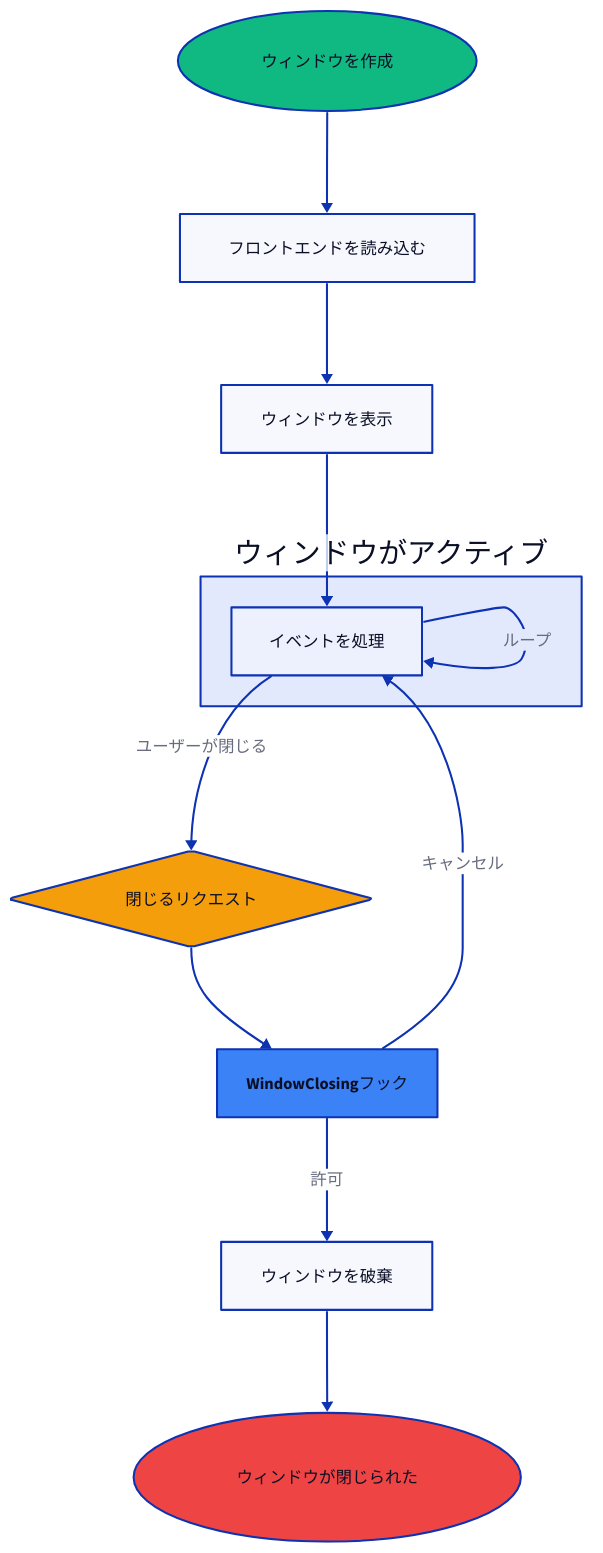
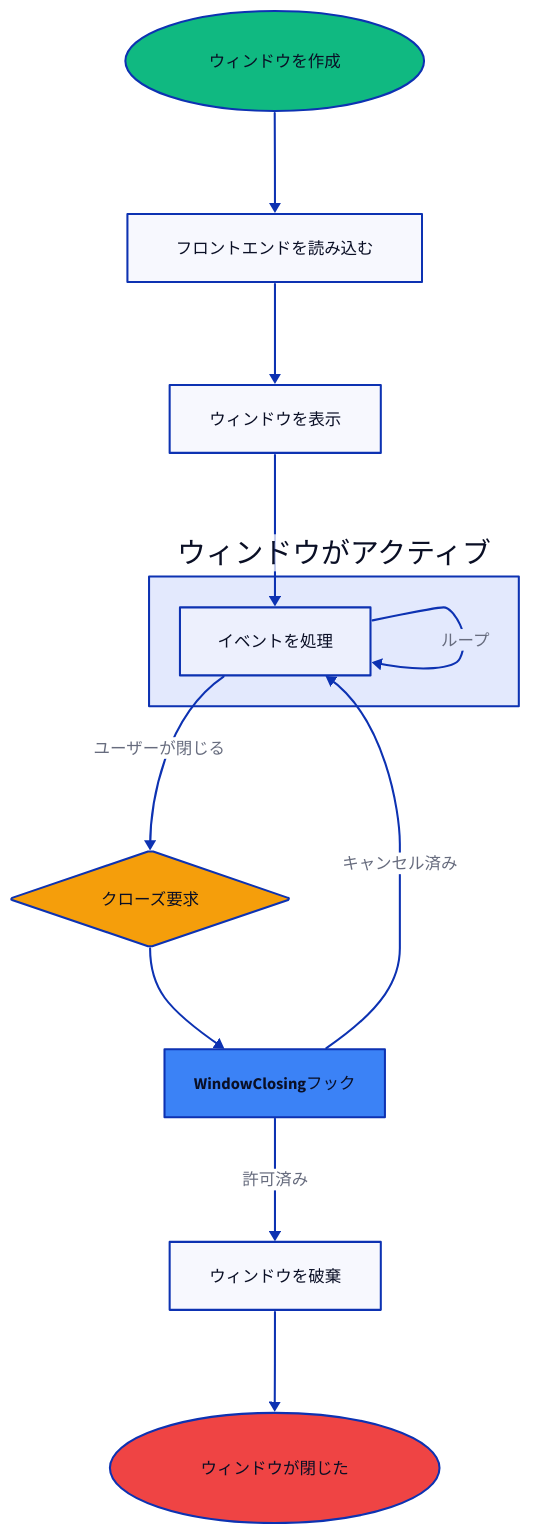
One commit to wailsapp/wails changed the second of 2 diagrams in docs/mpress/content/ja/concepts/lifecycle.md. Above: the diagram before and after it, drawn with D2. The commit also changed other lines of this file and 1096 other files, not shown here.

````diff
--- a/docs/mpress/content/ja/concepts/lifecycle.md
+++ b/docs/mpress/content/ja/concepts/lifecycle.md
@@ -451,51 +451,51 @@
 ```d2
 direction: down
 
 Create: ウィンドウを作成 {
   shape: oval
   style.fill: "#10B981"
 }
 
 Load: フロントエンドを読み込む {
   shape: rectangle
 }
 
 Show: ウィンドウを表示 {
   shape: rectangle
 }
 
 Active: ウィンドウがアクティブ {
   Events: イベントを処理 {
     shape: rectangle
   }
 }
 
-CloseRequest: 閉じるリクエスト {
+CloseRequest: クローズ要求 {
   shape: diamond
   style.fill: "#F59E0B"
 }
 
 Hook: WindowClosingフック {
   shape: rectangle
   style.fill: "#3B82F6"
 }
 
 Destroy: ウィンドウを破棄 {
   shape: rectangle
 }
 
-End: ウィンドウが閉じられた {
+End: ウィンドウが閉じた {
   shape: oval
   style.fill: "#EF4444"
 }
 
 Create -> Load
 Load -> Show
 Show -> Active.Events
 Active.Events -> Active.Events: ループ
 Active.Events -> CloseRequest: ユーザーが閉じる
 CloseRequest -> Hook
-Hook -> Active.Events: キャンセル
-Hook -> Destroy: 許可
+Hook -> Active.Events: キャンセル済み
+Hook -> Destroy: 許可済み
 Destroy -> End
 ```
````
